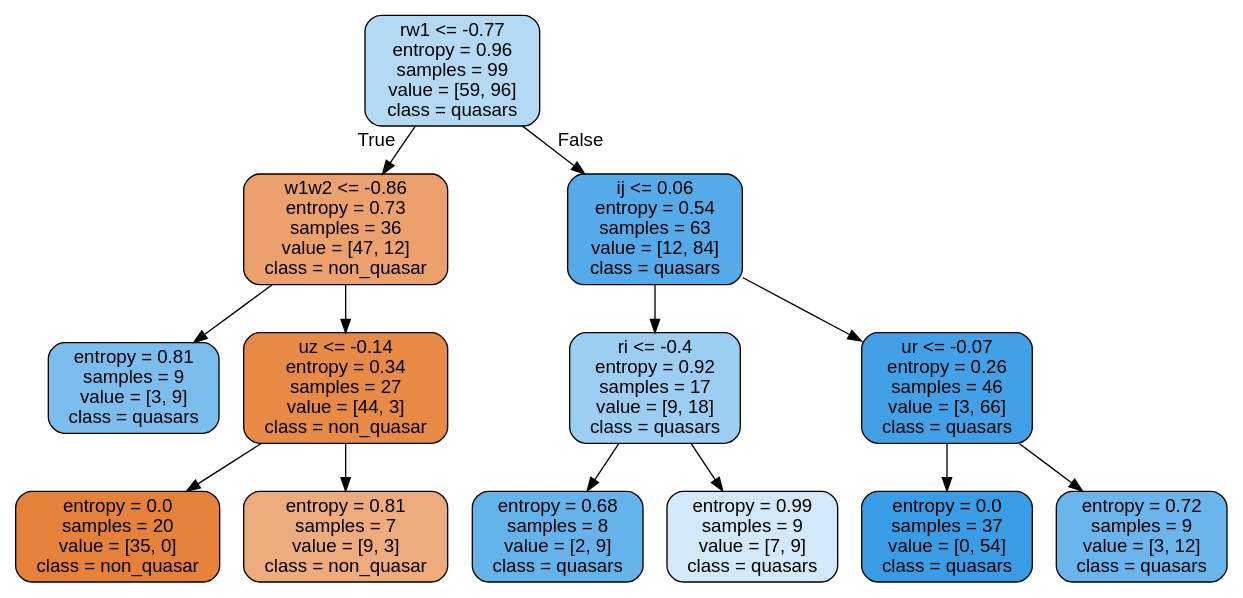
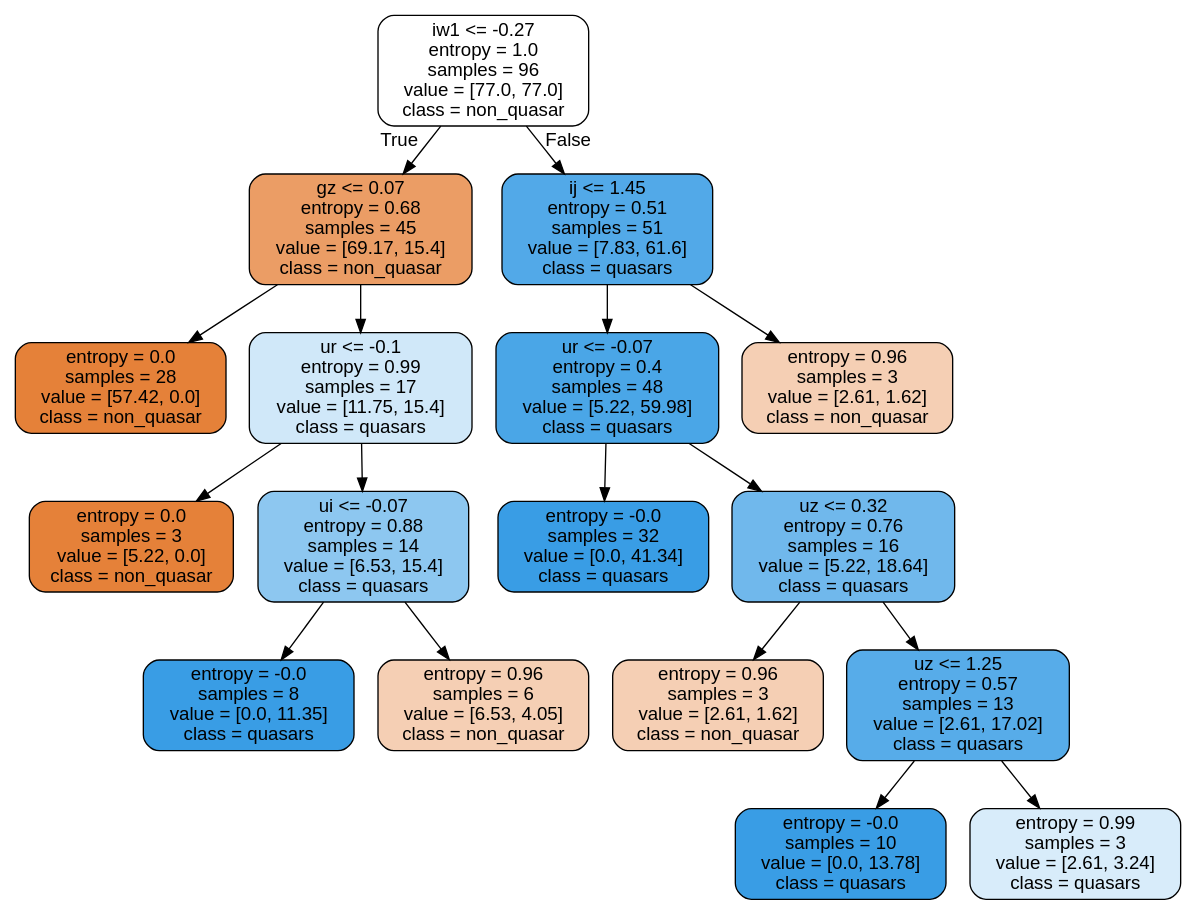
One commit to qmao520/phys704 changed the diagram in ML_notebooks/tree.dot. Above: the diagram before and after it, drawn with Graphviz. The commit also changed 51 other files, not shown here.

```diff
--- a/ML_notebooks/tree.dot
+++ b/ML_notebooks/tree.dot
@@ -1,29 +1,37 @@
 digraph Tree {
-node [shape=box, style="filled, rounded", color="black", fontname=helvetica] ;
-edge [fontname=helvetica] ;
-0 [label="rw1 <= -0.77\nentropy = 0.96\nsamples = 99\nvalue = [59, 96]\nclass = quasars", fillcolor="#b3d9f5"] ;
-1 [label="w1w2 <= -0.86\nentropy = 0.73\nsamples = 36\nvalue = [47, 12]\nclass = non_quasar", fillcolor="#eca16c"] ;
+node [shape=box, style="filled, rounded", color="black", fontname="helvetica"] ;
+edge [fontname="helvetica"] ;
+0 [label="iw1 <= -0.27\nentropy = 1.0\nsamples = 96\nvalue = [77.0, 77.0]\nclass = non_quasar", fillcolor="#ffffff"] ;
+1 [label="gz <= 0.07\nentropy = 0.68\nsamples = 45\nvalue = [69.17, 15.4]\nclass = non_quasar", fillcolor="#eb9d65"] ;
 0 -> 1 [labeldistance=2.5, labelangle=45, headlabel="True"] ;
-2 [label="entropy = 0.81\nsamples = 9\nvalue = [3, 9]\nclass = quasars", fillcolor="#7bbeee"] ;
+2 [label="entropy = 0.0\nsamples = 28\nvalue = [57.42, 0.0]\nclass = non_quasar", fillcolor="#e58139"] ;
 1 -> 2 ;
-3 [label="uz <= -0.14\nentropy = 0.34\nsamples = 27\nvalue = [44, 3]\nclass = non_quasar", fillcolor="#e78a46"] ;
+3 [label="ur <= -0.1\nentropy = 0.99\nsamples = 17\nvalue = [11.75, 15.4]\nclass = quasars", fillcolor="#d0e8f9"] ;
 1 -> 3 ;
-4 [label="entropy = 0.0\nsamples = 20\nvalue = [35, 0]\nclass = non_quasar", fillcolor="#e58139"] ;
+4 [label="entropy = 0.0\nsamples = 3\nvalue = [5.22, 0.0]\nclass = non_quasar", fillcolor="#e58139"] ;
 3 -> 4 ;
-5 [label="entropy = 0.81\nsamples = 7\nvalue = [9, 3]\nclass = non_quasar", fillcolor="#eeab7b"] ;
+5 [label="ui <= -0.07\nentropy = 0.88\nsamples = 14\nvalue = [6.53, 15.4]\nclass = quasars", fillcolor="#8dc7f0"] ;
 3 -> 5 ;
-6 [label="ij <= 0.06\nentropy = 0.54\nsamples = 63\nvalue = [12, 84]\nclass = quasars", fillcolor="#55abe9"] ;
-0 -> 6 [labeldistance=2.5, labelangle=-45, headlabel="False"] ;
-7 [label="ri <= -0.4\nentropy = 0.92\nsamples = 17\nvalue = [9, 18]\nclass = quasars", fillcolor="#9ccef2"] ;
-6 -> 7 ;
-8 [label="entropy = 0.68\nsamples = 8\nvalue = [2, 9]\nclass = quasars", fillcolor="#65b3eb"] ;
-7 -> 8 ;
-9 [label="entropy = 0.99\nsamples = 9\nvalue = [7, 9]\nclass = quasars", fillcolor="#d3e9f9"] ;
-7 -> 9 ;
-10 [label="ur <= -0.07\nentropy = 0.26\nsamples = 46\nvalue = [3, 66]\nclass = quasars", fillcolor="#42a1e6"] ;
-6 -> 10 ;
-11 [label="entropy = 0.0\nsamples = 37\nvalue = [0, 54]\nclass = quasars", fillcolor="#399de5"] ;
-10 -> 11 ;
-12 [label="entropy = 0.72\nsamples = 9\nvalue = [3, 12]\nclass = quasars", fillcolor="#6ab6ec"] ;
-10 -> 12 ;
+6 [label="entropy = -0.0\nsamples = 8\nvalue = [0.0, 11.35]\nclass = quasars", fillcolor="#399de5"] ;
+5 -> 6 ;
+7 [label="entropy = 0.96\nsamples = 6\nvalue = [6.53, 4.05]\nclass = non_quasar", fillcolor="#f5cfb4"] ;
+5 -> 7 ;
+8 [label="ij <= 1.45\nentropy = 0.51\nsamples = 51\nvalue = [7.83, 61.6]\nclass = quasars", fillcolor="#52a9e8"] ;
+0 -> 8 [labeldistance=2.5, labelangle=-45, headlabel="False"] ;
+9 [label="ur <= -0.07\nentropy = 0.4\nsamples = 48\nvalue = [5.22, 59.98]\nclass = quasars", fillcolor="#4aa6e7"] ;
+8 -> 9 ;
+10 [label="entropy = -0.0\nsamples = 32\nvalue = [0.0, 41.34]\nclass = quasars", fillcolor="#399de5"] ;
+9 -> 10 ;
+11 [label="uz <= 0.32\nentropy = 0.76\nsamples = 16\nvalue = [5.22, 18.64]\nclass = quasars", fillcolor="#70b8ec"] ;
+9 -> 11 ;
+12 [label="entropy = 0.96\nsamples = 3\nvalue = [2.61, 1.62]\nclass = non_quasar", fillcolor="#f5cfb4"] ;
+11 -> 12 ;
+13 [label="uz <= 1.25\nentropy = 0.57\nsamples = 13\nvalue = [2.61, 17.02]\nclass = quasars", fillcolor="#57ace9"] ;
+11 -> 13 ;
+14 [label="entropy = -0.0\nsamples = 10\nvalue = [0.0, 13.78]\nclass = quasars", fillcolor="#399de5"] ;
+13 -> 14 ;
+15 [label="entropy = 0.99\nsamples = 3\nvalue = [2.61, 3.24]\nclass = quasars", fillcolor="#d8ecfa"] ;
+13 -> 15 ;
+16 [label="entropy = 0.96\nsamples = 3\nvalue = [2.61, 1.62]\nclass = non_quasar", fillcolor="#f5cfb4"] ;
+8 -> 16 ;
 }
```
